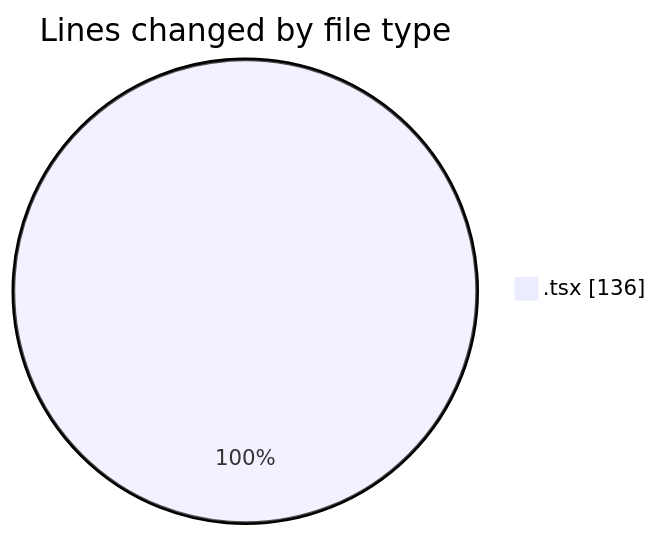
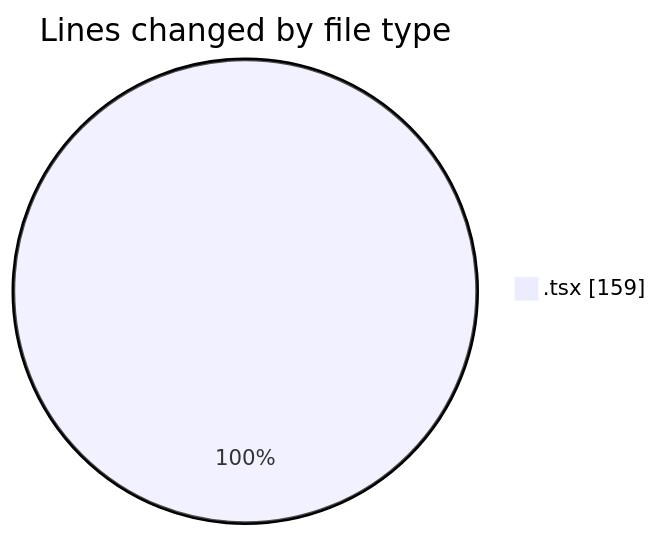
The first of 2 diagrams in 2025-01-09/mbc-web/README.md (robertbonfada/code-tracking), drawn with Mermaid before and after one commit. The commit also changed other lines of this file and 1 other file, not shown here.

````diff
--- a/2025-01-09/mbc-web/README.md
+++ b/2025-01-09/mbc-web/README.md
@@ -24,5 +26,5 @@
 ```mermaid
 pie showData
 title Lines changed by file type
-".tsx" : 136
+".tsx" : 159
 ```
````
